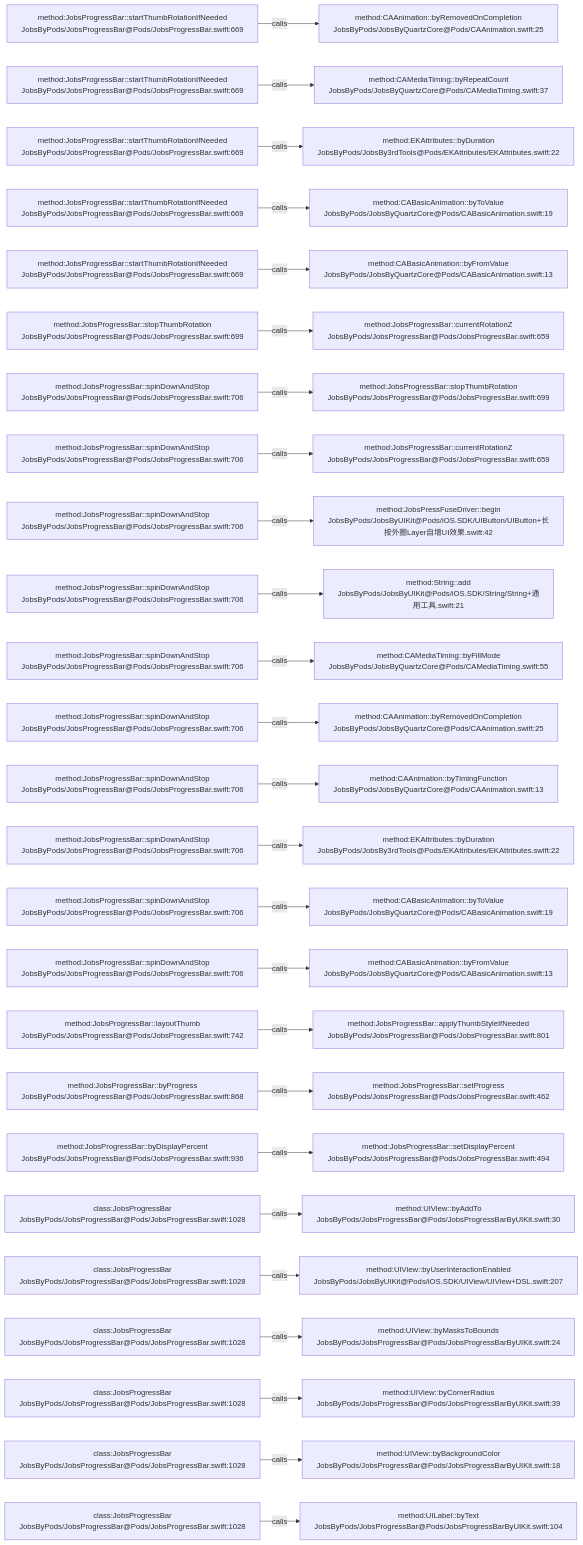
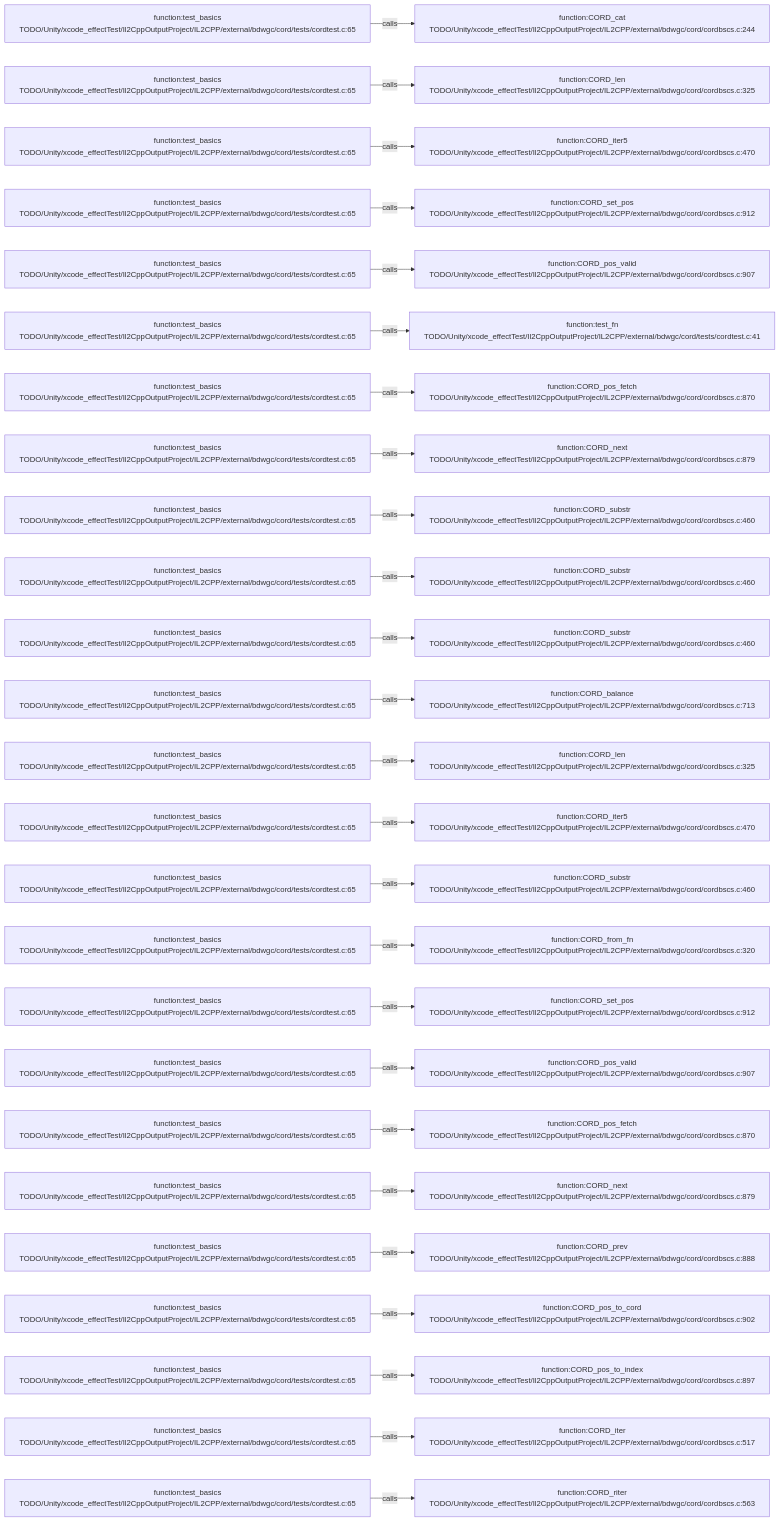
One commit to JobsKits/JobsSwiftBaseConfigDemo changed the diagram in .codegraph/codegraph.md/graphs/calls-156.md. Above: the diagram before and after it, drawn with Mermaid. The commit also changed 569 other files, not shown here.

````diff
--- a/.codegraph/codegraph.md/graphs/calls-156.md
+++ b/.codegraph/codegraph.md/graphs/calls-156.md
@@ -13,78 +13,78 @@
 ```mermaid
 flowchart LR
-  S1["method:JobsProgressBar::startThumbRotationIfNeeded<br/>JobsByPods/JobsProgressBar@Pods/JobsProgressBar.swift:669"]
-  T1["method:CAAnimation::byRemovedOnCompletion<br/>JobsByPods/JobsByQuartzCore@Pods/CAAnimation.swift:25"]
+  S1["function:test_basics<br/>TODO/Unity/xcode_effectTest/Il2CppOutputProject/IL2CPP/external/bdwgc/cord/tests/cordtest.c:65"]
+  T1["function:CORD_cat<br/>TODO/Unity/xcode_effectTest/Il2CppOutputProject/IL2CPP/external/bdwgc/cord/cordbscs.c:244"]
   S1 -->|calls| T1
-  S2["method:JobsProgressBar::startThumbRotationIfNeeded<br/>JobsByPods/JobsProgressBar@Pods/JobsProgressBar.swift:669"]
-  T2["method:CAMediaTiming::byRepeatCount<br/>JobsByPods/JobsByQuartzCore@Pods/CAMediaTiming.swift:37"]
+  S2["function:test_basics<br/>TODO/Unity/xcode_effectTest/Il2CppOutputProject/IL2CPP/external/bdwgc/cord/tests/cordtest.c:65"]
+  T2["function:CORD_len<br/>TODO/Unity/xcode_effectTest/Il2CppOutputProject/IL2CPP/external/bdwgc/cord/cordbscs.c:325"]
   S2 -->|calls| T2
-  S3["method:JobsProgressBar::startThumbRotationIfNeeded<br/>JobsByPods/JobsProgressBar@Pods/JobsProgressBar.swift:669"]
-  T3["method:EKAttributes::byDuration<br/>JobsByPods/JobsBy3rdTools@Pods/EKAttributes/EKAttributes.swift:22"]
+  S3["function:test_basics<br/>TODO/Unity/xcode_effectTest/Il2CppOutputProject/IL2CPP/external/bdwgc/cord/tests/cordtest.c:65"]
+  T3["function:CORD_iter5<br/>TODO/Unity/xcode_effectTest/Il2CppOutputProject/IL2CPP/external/bdwgc/cord/cordbscs.c:470"]
   S3 -->|calls| T3
-  S4["method:JobsProgressBar::startThumbRotationIfNeeded<br/>JobsByPods/JobsProgressBar@Pods/JobsProgressBar.swift:669"]
-  T4["method:CABasicAnimation::byToValue<br/>JobsByPods/JobsByQuartzCore@Pods/CABasicAnimation.swift:19"]
+  S4["function:test_basics<br/>TODO/Unity/xcode_effectTest/Il2CppOutputProject/IL2CPP/external/bdwgc/cord/tests/cordtest.c:65"]
+  T4["function:CORD_set_pos<br/>TODO/Unity/xcode_effectTest/Il2CppOutputProject/IL2CPP/external/bdwgc/cord/cordbscs.c:912"]
   S4 -->|calls| T4
-  S5["method:JobsProgressBar::startThumbRotationIfNeeded<br/>JobsByPods/JobsProgressBar@Pods/JobsProgressBar.swift:669"]
-  T5["method:CABasicAnimation::byFromValue<br/>JobsByPods/JobsByQuartzCore@Pods/CABasicAnimation.swift:13"]
+  S5["function:test_basics<br/>TODO/Unity/xcode_effectTest/Il2CppOutputProject/IL2CPP/external/bdwgc/cord/tests/cordtest.c:65"]
+  T5["function:CORD_pos_valid<br/>TODO/Unity/xcode_effectTest/Il2CppOutputProject/IL2CPP/external/bdwgc/cord/cordbscs.c:907"]
   S5 -->|calls| T5
-  S6["method:JobsProgressBar::stopThumbRotation<br/>JobsByPods/JobsProgressBar@Pods/JobsProgressBar.swift:699"]
-  T6["method:JobsProgressBar::currentRotationZ<br/>JobsByPods/JobsProgressBar@Pods/JobsProgressBar.swift:659"]
+  S6["function:test_basics<br/>TODO/Unity/xcode_effectTest/Il2CppOutputProject/IL2CPP/external/bdwgc/cord/tests/cordtest.c:65"]
+  T6["function:test_fn<br/>TODO/Unity/xcode_effectTest/Il2CppOutputProject/IL2CPP/external/bdwgc/cord/tests/cordtest.c:41"]
   S6 -->|calls| T6
-  S7["method:JobsProgressBar::spinDownAndStop<br/>JobsByPods/JobsProgressBar@Pods/JobsProgressBar.swift:706"]
-  T7["method:JobsProgressBar::stopThumbRotation<br/>JobsByPods/JobsProgressBar@Pods/JobsProgressBar.swift:699"]
+  S7["function:test_basics<br/>TODO/Unity/xcode_effectTest/Il2CppOutputProject/IL2CPP/external/bdwgc/cord/tests/cordtest.c:65"]
+  T7["function:CORD_pos_fetch<br/>TODO/Unity/xcode_effectTest/Il2CppOutputProject/IL2CPP/external/bdwgc/cord/cordbscs.c:870"]
   S7 -->|calls| T7
-  S8["method:JobsProgressBar::spinDownAndStop<br/>JobsByPods/JobsProgressBar@Pods/JobsProgressBar.swift:706"]
-  T8["method:JobsProgressBar::currentRotationZ<br/>JobsByPods/JobsProgressBar@Pods/JobsProgressBar.swift:659"]
+  S8["function:test_basics<br/>TODO/Unity/xcode_effectTest/Il2CppOutputProject/IL2CPP/external/bdwgc/cord/tests/cordtest.c:65"]
+  T8["function:CORD_next<br/>TODO/Unity/xcode_effectTest/Il2CppOutputProject/IL2CPP/external/bdwgc/cord/cordbscs.c:879"]
   S8 -->|calls| T8
-  S9["method:JobsProgressBar::spinDownAndStop<br/>JobsByPods/JobsProgressBar@Pods/JobsProgressBar.swift:706"]
-  T9["method:JobsPressFuseDriver::begin<br/>JobsByPods/JobsByUIKit@Pods/iOS.SDK/UIButton/UIButton+长按外圈Layer自增UI效果.swift:42"]
+  S9["function:test_basics<br/>TODO/Unity/xcode_effectTest/Il2CppOutputProject/IL2CPP/external/bdwgc/cord/tests/cordtest.c:65"]
+  T9["function:CORD_substr<br/>TODO/Unity/xcode_effectTest/Il2CppOutputProject/IL2CPP/external/bdwgc/cord/cordbscs.c:460"]
   S9 -->|calls| T9
-  S10["method:JobsProgressBar::spinDownAndStop<br/>JobsByPods/JobsProgressBar@Pods/JobsProgressBar.swift:706"]
-  T10["method:String::add<br/>JobsByPods/JobsByUIKit@Pods/iOS.SDK/String/String+通用工具.swift:21"]
+  S10["function:test_basics<br/>TODO/Unity/xcode_effectTest/Il2CppOutputProject/IL2CPP/external/bdwgc/cord/tests/cordtest.c:65"]
+  T10["function:CORD_substr<br/>TODO/Unity/xcode_effectTest/Il2CppOutputProject/IL2CPP/external/bdwgc/cord/cordbscs.c:460"]
   S10 -->|calls| T10
-  S11["method:JobsProgressBar::spinDownAndStop<br/>JobsByPods/JobsProgressBar@Pods/JobsProgressBar.swift:706"]
-  T11["method:CAMediaTiming::byFillMode<br/>JobsByPods/JobsByQuartzCore@Pods/CAMediaTiming.swift:55"]
+  S11["function:test_basics<br/>TODO/Unity/xcode_effectTest/Il2CppOutputProject/IL2CPP/external/bdwgc/cord/tests/cordtest.c:65"]
+  T11["function:CORD_substr<br/>TODO/Unity/xcode_effectTest/Il2CppOutputProject/IL2CPP/external/bdwgc/cord/cordbscs.c:460"]
   S11 -->|calls| T11
-  S12["method:JobsProgressBar::spinDownAndStop<br/>JobsByPods/JobsProgressBar@Pods/JobsProgressBar.swift:706"]
-  T12["method:CAAnimation::byRemovedOnCompletion<br/>JobsByPods/JobsByQuartzCore@Pods/CAAnimation.swift:25"]
+  S12["function:test_basics<br/>TODO/Unity/xcode_effectTest/Il2CppOutputProject/IL2CPP/external/bdwgc/cord/tests/cordtest.c:65"]
+  T12["function:CORD_balance<br/>TODO/Unity/xcode_effectTest/Il2CppOutputProject/IL2CPP/external/bdwgc/cord/cordbscs.c:713"]
   S12 -->|calls| T12
-  S13["method:JobsProgressBar::spinDownAndStop<br/>JobsByPods/JobsProgressBar@Pods/JobsProgressBar.swift:706"]
-  T13["method:CAAnimation::byTimingFunction<br/>JobsByPods/JobsByQuartzCore@Pods/CAAnimation.swift:13"]
+  S13["function:test_basics<br/>TODO/Unity/xcode_effectTest/Il2CppOutputProject/IL2CPP/external/bdwgc/cord/tests/cordtest.c:65"]
+  T13["function:CORD_len<br/>TODO/Unity/xcode_effectTest/Il2CppOutputProject/IL2CPP/external/bdwgc/cord/cordbscs.c:325"]
   S13 -->|calls| T13
-  S14["method:JobsProgressBar::spinDownAndStop<br/>JobsByPods/JobsProgressBar@Pods/JobsProgressBar.swift:706"]
-  T14["method:EKAttributes::byDuration<br/>JobsByPods/JobsBy3rdTools@Pods/EKAttributes/EKAttributes.swift:22"]
+  S14["function:test_basics<br/>TODO/Unity/xcode_effectTest/Il2CppOutputProject/IL2CPP/external/bdwgc/cord/tests/cordtest.c:65"]
+  T14["function:CORD_iter5<br/>TODO/Unity/xcode_effectTest/Il2CppOutputProject/IL2CPP/external/bdwgc/cord/cordbscs.c:470"]
   S14 -->|calls| T14
-  S15["method:JobsProgressBar::spinDownAndStop<br/>JobsByPods/JobsProgressBar@Pods/JobsProgressBar.swift:706"]
-  T15["method:CABasicAnimation::byToValue<br/>JobsByPods/JobsByQuartzCore@Pods/CABasicAnimation.swift:19"]
+  S15["function:test_basics<br/>TODO/Unity/xcode_effectTest/Il2CppOutputProject/IL2CPP/external/bdwgc/cord/tests/cordtest.c:65"]
+  T15["function:CORD_substr<br/>TODO/Unity/xcode_effectTest/Il2CppOutputProject/IL2CPP/external/bdwgc/cord/cordbscs.c:460"]
   S15 -->|calls| T15
-  S16["method:JobsProgressBar::spinDownAndStop<br/>JobsByPods/JobsProgressBar@Pods/JobsProgressBar.swift:706"]
-  T16["method:CABasicAnimation::byFromValue<br/>JobsByPods/JobsByQuartzCore@Pods/CABasicAnimation.swift:13"]
+  S16["function:test_basics<br/>TODO/Unity/xcode_effectTest/Il2CppOutputProject/IL2CPP/external/bdwgc/cord/tests/cordtest.c:65"]
+  T16["function:CORD_from_fn<br/>TODO/Unity/xcode_effectTest/Il2CppOutputProject/IL2CPP/external/bdwgc/cord/cordbscs.c:320"]
   S16 -->|calls| T16
-  S17["method:JobsProgressBar::layoutThumb<br/>JobsByPods/JobsProgressBar@Pods/JobsProgressBar.swift:742"]
-  T17["method:JobsProgressBar::applyThumbStyleIfNeeded<br/>JobsByPods/JobsProgressBar@Pods/JobsProgressBar.swift:801"]
+  S17["function:test_basics<br/>TODO/Unity/xcode_effectTest/Il2CppOutputProject/IL2CPP/external/bdwgc/cord/tests/cordtest.c:65"]
+  T17["function:CORD_set_pos<br/>TODO/Unity/xcode_effectTest/Il2CppOutputProject/IL2CPP/external/bdwgc/cord/cordbscs.c:912"]
   S17 -->|calls| T17
-  S18["method:JobsProgressBar::byProgress<br/>JobsByPods/JobsProgressBar@Pods/JobsProgressBar.swift:868"]
-  T18["method:JobsProgressBar::setProgress<br/>JobsByPods/JobsProgressBar@Pods/JobsProgressBar.swift:462"]
+  S18["function:test_basics<br/>TODO/Unity/xcode_effectTest/Il2CppOutputProject/IL2CPP/external/bdwgc/cord/tests/cordtest.c:65"]
+  T18["function:CORD_pos_valid<br/>TODO/Unity/xcode_effectTest/Il2CppOutputProject/IL2CPP/external/bdwgc/cord/cordbscs.c:907"]
   S18 -->|calls| T18
-  S19["method:JobsProgressBar::byDisplayPercent<br/>JobsByPods/JobsProgressBar@Pods/JobsProgressBar.swift:936"]
-  T19["method:JobsProgressBar::setDisplayPercent<br/>JobsByPods/JobsProgressBar@Pods/JobsProgressBar.swift:494"]
+  S19["function:test_basics<br/>TODO/Unity/xcode_effectTest/Il2CppOutputProject/IL2CPP/external/bdwgc/cord/tests/cordtest.c:65"]
+  T19["function:CORD_pos_fetch<br/>TODO/Unity/xcode_effectTest/Il2CppOutputProject/IL2CPP/external/bdwgc/cord/cordbscs.c:870"]
   S19 -->|calls| T19
-  S20["class:JobsProgressBar<br/>JobsByPods/JobsProgressBar@Pods/JobsProgressBar.swift:1028"]
-  T20["method:UIView::byAddTo<br/>JobsByPods/JobsProgressBar@Pods/JobsProgressBarByUIKit.swift:30"]
+  S20["function:test_basics<br/>TODO/Unity/xcode_effectTest/Il2CppOutputProject/IL2CPP/external/bdwgc/cord/tests/cordtest.c:65"]
+  T20["function:CORD_next<br/>TODO/Unity/xcode_effectTest/Il2CppOutputProject/IL2CPP/external/bdwgc/cord/cordbscs.c:879"]
   S20 -->|calls| T20
-  S21["class:JobsProgressBar<br/>JobsByPods/JobsProgressBar@Pods/JobsProgressBar.swift:1028"]
-  T21["method:UIView::byUserInteractionEnabled<br/>JobsByPods/JobsByUIKit@Pods/iOS.SDK/UIView/UIView+DSL.swift:207"]
+  S21["function:test_basics<br/>TODO/Unity/xcode_effectTest/Il2CppOutputProject/IL2CPP/external/bdwgc/cord/tests/cordtest.c:65"]
+  T21["function:CORD_prev<br/>TODO/Unity/xcode_effectTest/Il2CppOutputProject/IL2CPP/external/bdwgc/cord/cordbscs.c:888"]
   S21 -->|calls| T21
-  S22["class:JobsProgressBar<br/>JobsByPods/JobsProgressBar@Pods/JobsProgressBar.swift:1028"]
-  T22["method:UIView::byMasksToBounds<br/>JobsByPods/JobsProgressBar@Pods/JobsProgressBarByUIKit.swift:24"]
+  S22["function:test_basics<br/>TODO/Unity/xcode_effectTest/Il2CppOutputProject/IL2CPP/external/bdwgc/cord/tests/cordtest.c:65"]
+  T22["function:CORD_pos_to_cord<br/>TODO/Unity/xcode_effectTest/Il2CppOutputProject/IL2CPP/external/bdwgc/cord/cordbscs.c:902"]
   S22 -->|calls| T22
-  S23["class:JobsProgressBar<br/>JobsByPods/JobsProgressBar@Pods/JobsProgressBar.swift:1028"]
-  T23["method:UIView::byCornerRadius<br/>JobsByPods/JobsProgressBar@Pods/JobsProgressBarByUIKit.swift:39"]
+  S23["function:test_basics<br/>TODO/Unity/xcode_effectTest/Il2CppOutputProject/IL2CPP/external/bdwgc/cord/tests/cordtest.c:65"]
+  T23["function:CORD_pos_to_index<br/>TODO/Unity/xcode_effectTest/Il2CppOutputProject/IL2CPP/external/bdwgc/cord/cordbscs.c:897"]
   S23 -->|calls| T23
-  S24["class:JobsProgressBar<br/>JobsByPods/JobsProgressBar@Pods/JobsProgressBar.swift:1028"]
-  T24["method:UIView::byBackgroundColor<br/>JobsByPods/JobsProgressBar@Pods/JobsProgressBarByUIKit.swift:18"]
+  S24["function:test_basics<br/>TODO/Unity/xcode_effectTest/Il2CppOutputProject/IL2CPP/external/bdwgc/cord/tests/cordtest.c:65"]
+  T24["function:CORD_iter<br/>TODO/Unity/xcode_effectTest/Il2CppOutputProject/IL2CPP/external/bdwgc/cord/cordbscs.c:517"]
   S24 -->|calls| T24
-  S25["class:JobsProgressBar<br/>JobsByPods/JobsProgressBar@Pods/JobsProgressBar.swift:1028"]
-  T25["method:UILabel::byText<br/>JobsByPods/JobsProgressBar@Pods/JobsProgressBarByUIKit.swift:104"]
+  S25["function:test_basics<br/>TODO/Unity/xcode_effectTest/Il2CppOutputProject/IL2CPP/external/bdwgc/cord/tests/cordtest.c:65"]
+  T25["function:CORD_riter<br/>TODO/Unity/xcode_effectTest/Il2CppOutputProject/IL2CPP/external/bdwgc/cord/cordbscs.c:563"]
   S25 -->|calls| T25
 ```
````
